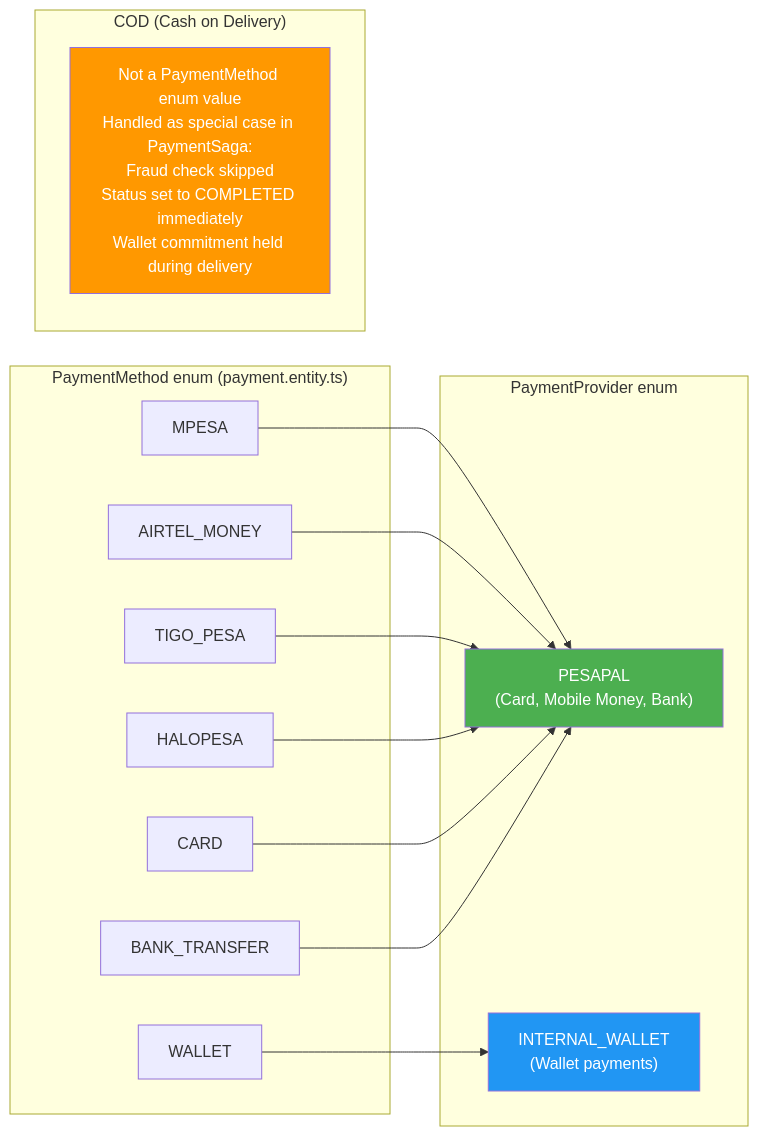
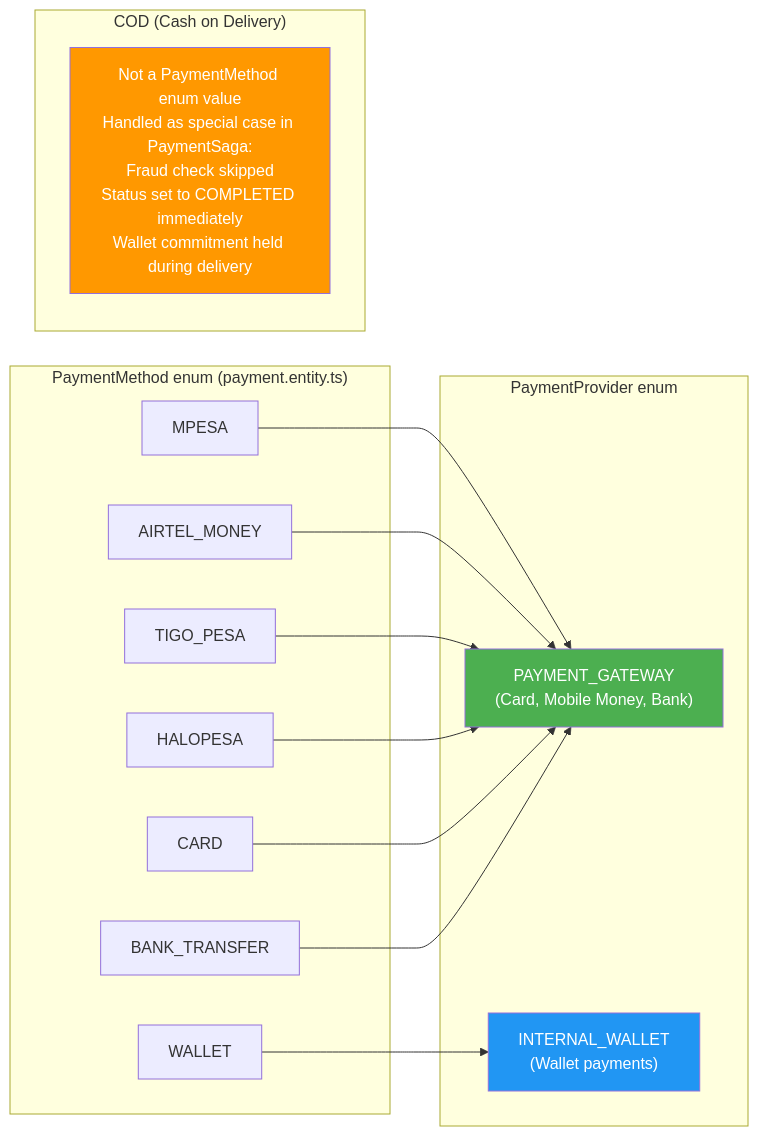
One commit to maysar-014/maysar-express-backend changed the first of 7 diagrams in docs/payments/revenue-flow-diagrams.md. Above: the diagram before and after it, drawn with Mermaid. The commit also changed other lines of this file and 158 other files, not shown here.

````diff
--- a/docs/payments/revenue-flow-diagrams.md
+++ b/docs/payments/revenue-flow-diagrams.md
@@ -10,28 +10,28 @@
 ```mermaid
 graph LR
     subgraph Methods["PaymentMethod enum (payment.entity.ts)"]
         MPESA["MPESA"]
         AIRTEL["AIRTEL_MONEY"]
         TIGO["TIGO_PESA"]
         HALO["HALOPESA"]
         WALLET["WALLET"]
         BANK["BANK_TRANSFER"]
         CARD["CARD"]
     end
 
     subgraph Providers["PaymentProvider enum"]
-        PESAPAL["PESAPAL\n(Card, Mobile Money, Bank)"]
+        PAYMENT_GATEWAY["PAYMENT_GATEWAY\n(Card, Mobile Money, Bank)"]
         INTERNAL["INTERNAL_WALLET\n(Wallet payments)"]
     end
 
     subgraph COD["COD (Cash on Delivery)"]
         COD_NOTE["Not a PaymentMethod enum value\nHandled as special case in PaymentSaga:\nFraud check skipped\nStatus set to COMPLETED immediately\nWallet commitment held during delivery"]
     end
 
-    MPESA & AIRTEL & TIGO & HALO & CARD & BANK --> PESAPAL
+    MPESA & AIRTEL & TIGO & HALO & CARD & BANK --> PAYMENT_GATEWAY
     WALLET --> INTERNAL
 
-    style PESAPAL fill:#4CAF50,color:#fff
+    style PAYMENT_GATEWAY fill:#4CAF50,color:#fff
     style INTERNAL fill:#2196F3,color:#fff
     style COD_NOTE fill:#FF9800,color:#fff
 ```
````
